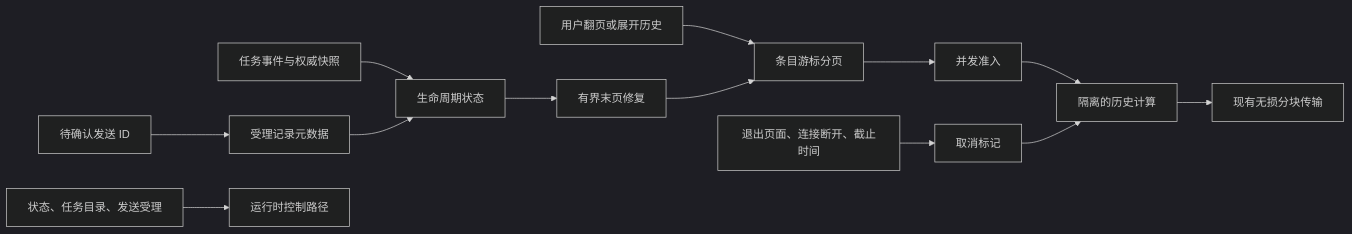
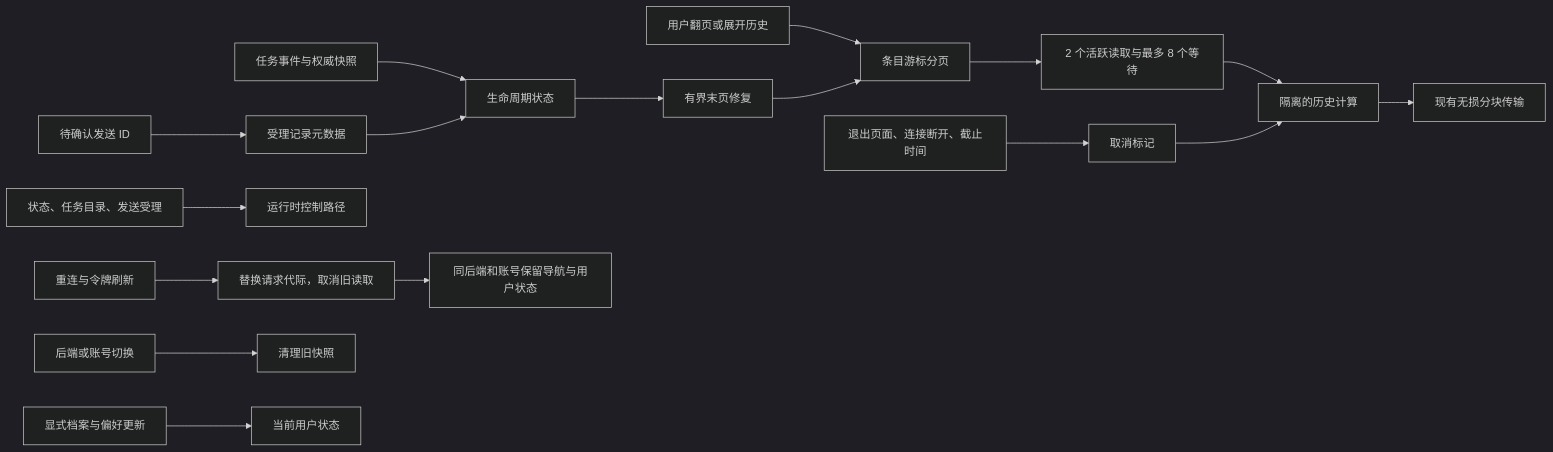
Before and after one commit to wecode-ai/Wegent: the diagram in docs/zh/wegent/developer-guide/wework-runtime-responsiveness.md, drawn with Mermaid (dark theme). The commit also changed other lines of this file and 32 other files, not shown here.

````diff
--- a/docs/zh/wegent/developer-guide/wework-runtime-responsiveness.md
+++ b/docs/zh/wegent/developer-guide/wework-runtime-responsiveness.md
@@ -28,15 +28,19 @@
 ```mermaid
 flowchart LR
     Stream[任务事件与权威快照] --> Lifecycle[生命周期状态]
     Queue[待确认发送 ID] --> Receipts[受理记录元数据]
     Receipts --> Lifecycle
     Lifecycle --> Repair[有界末页修复]
     User[用户翻页或展开历史] --> Page[条目游标分页]
     Repair --> Page
-    Page --> Admission[并发准入]
+    Page --> Admission[2 个活跃读取与最多 8 个等待]
     Admission --> Worker[隔离的历史计算]
     Worker --> Transfer[现有无损分块传输]
     Cancel[退出页面、连接断开、截止时间] --> Token[取消标记]
     Token --> Worker
     Control[状态、任务目录、发送受理] --> Runtime[运行时控制路径]
+    Transport[重连与令牌刷新] --> Generation[替换请求代际，取消旧读取]
+    Generation --> Preserve[同后端和账号保留导航与用户状态]
+    Owner[后端或账号切换] --> Reset[清理旧快照]
+    Profile[显式档案与偏好更新] --> UserState[当前用户状态]
 ```
````
